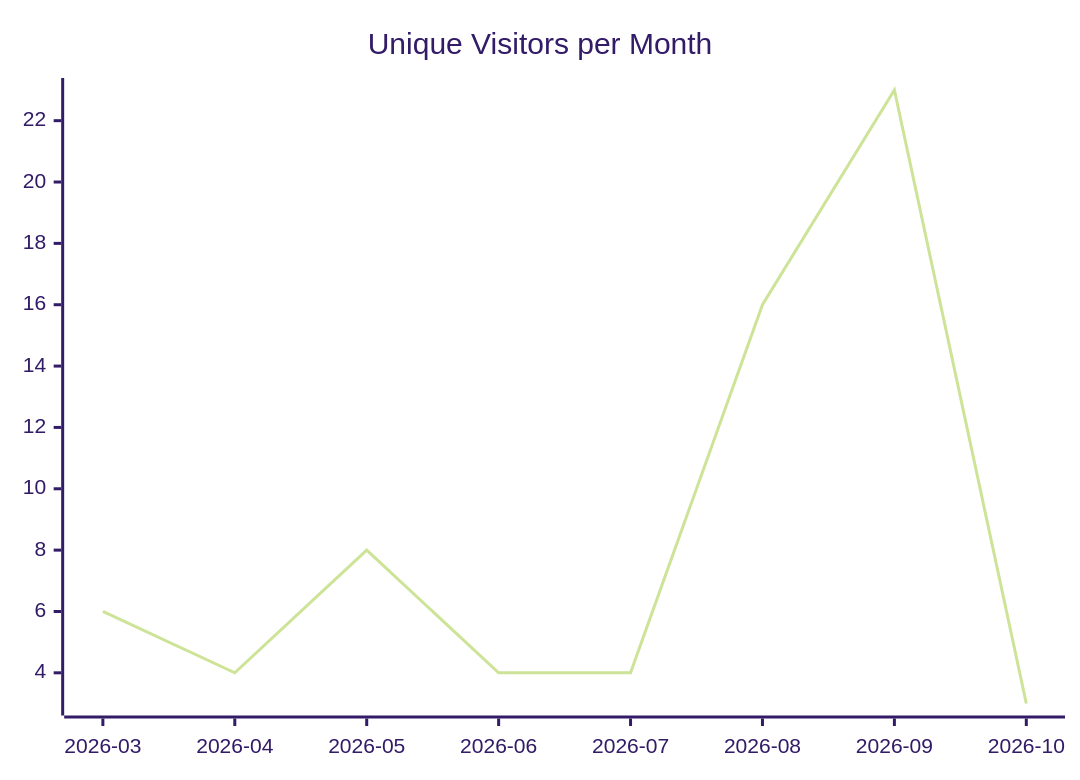
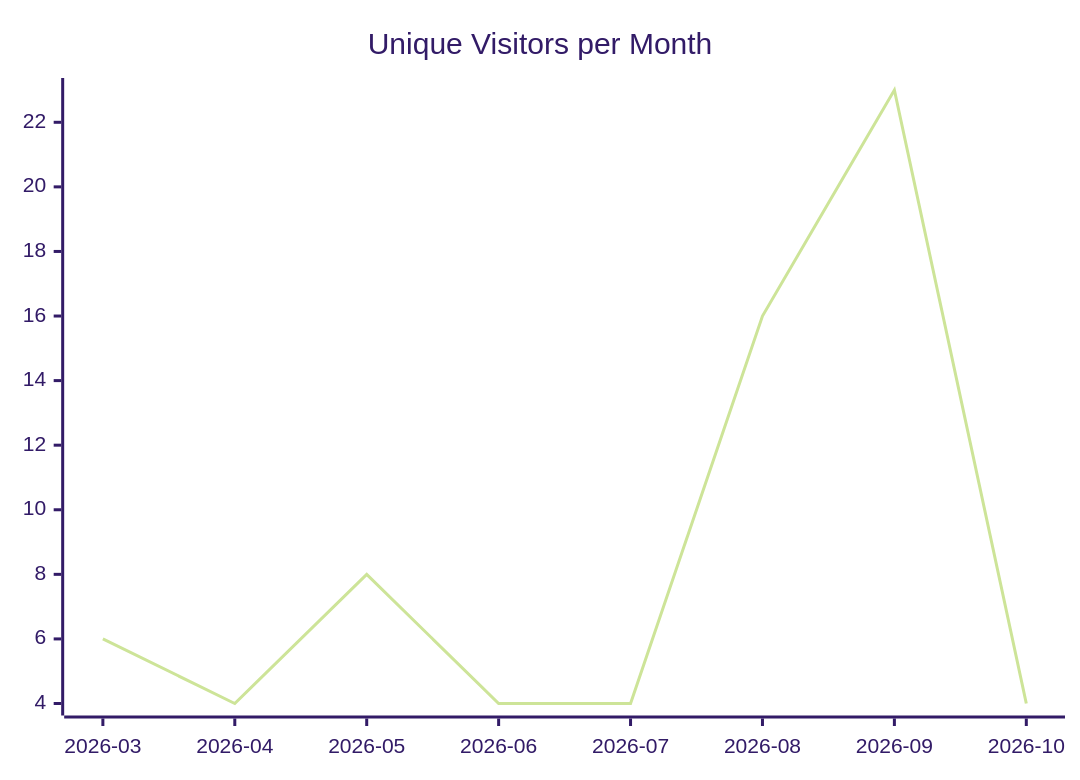
The first of 3 diagrams in karlmdavis/xmlpull/README.md (justdavis-family/github-analytics-data), drawn with Mermaid (forest theme) before and after one commit. The commit also changed other lines of this file and 200 other files, not shown here.

````diff
--- a/karlmdavis/xmlpull/README.md
+++ b/karlmdavis/xmlpull/README.md
@@ -5,6 +5,6 @@
 ```mermaid
 xychart-beta
   title "Unique Visitors per Month"
   x-axis ["2026-03", "2026-04", "2026-05", "2026-06", "2026-07", "2026-08", "2026-09", "2026-10"]
-  line [6, 4, 8, 4, 4, 16, 23, 3]
+  line [6, 4, 8, 4, 4, 16, 23, 4]
 ```
````
